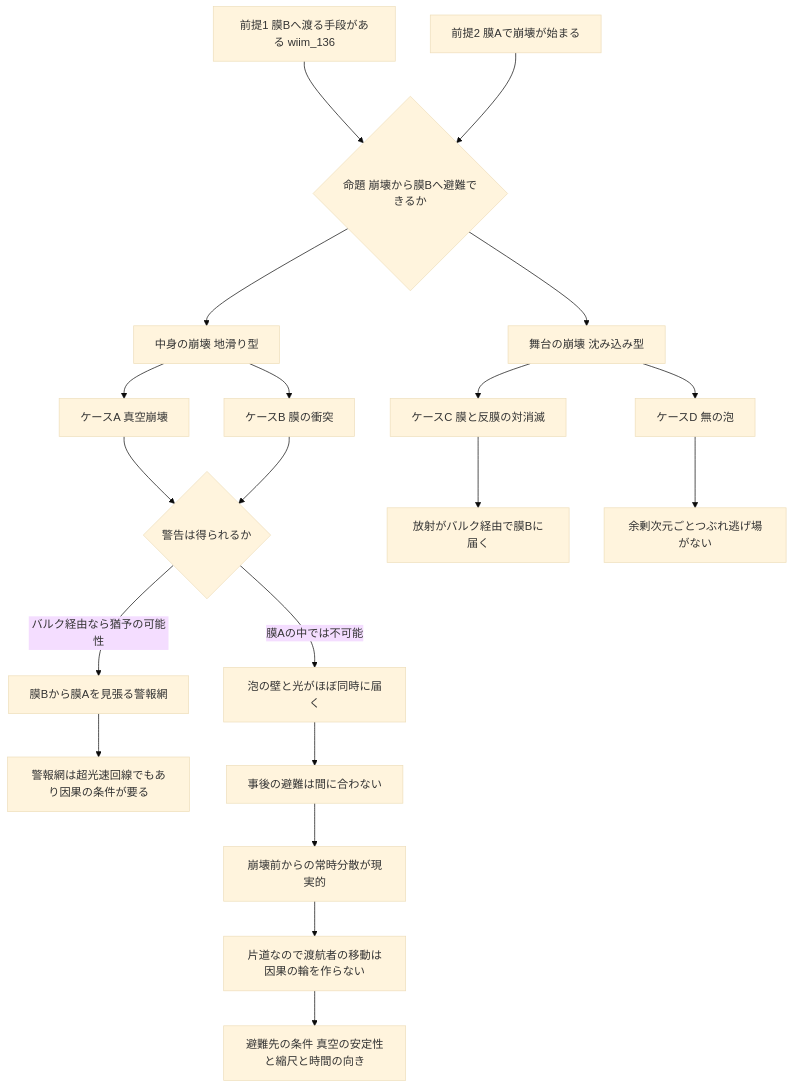
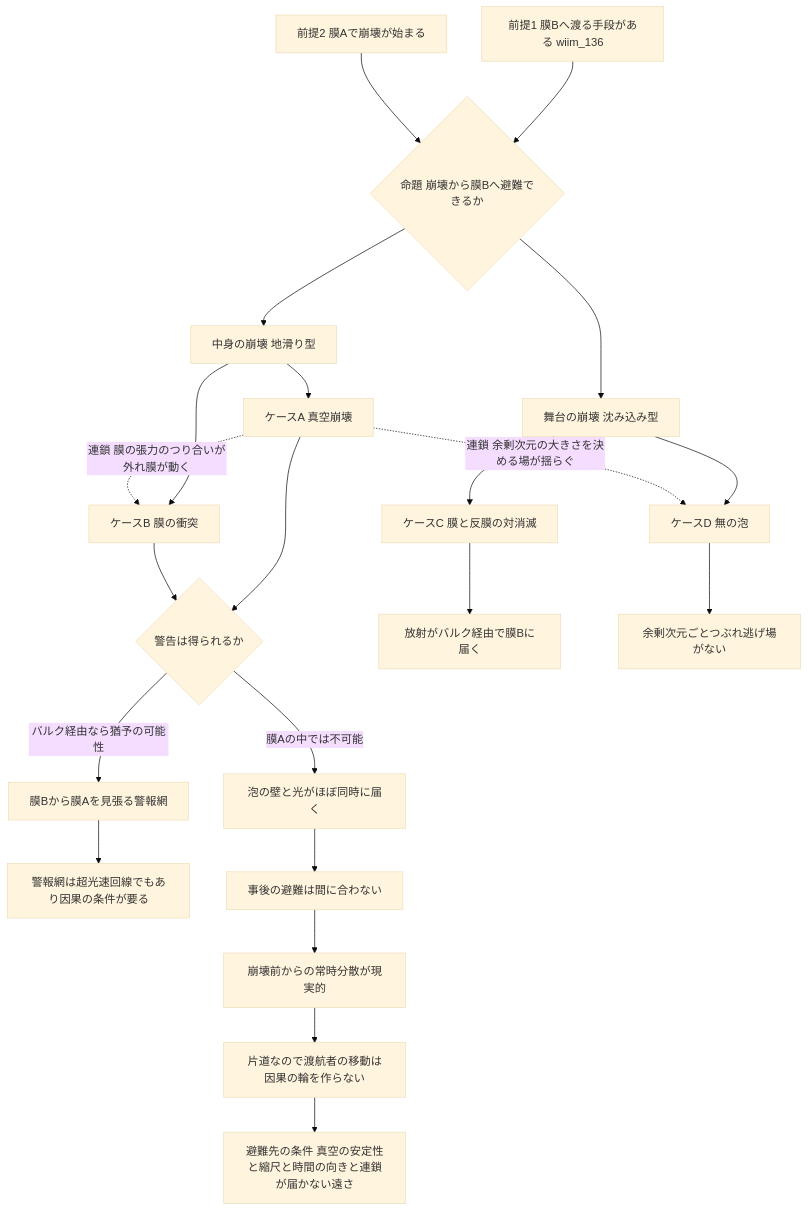
The diagram in docs/cosmology/wiim_137.md (theronium/WhatIfImpossible), drawn with Mermaid (base theme) before and after one commit. The commit also changed other lines of this file and 1 other file, not shown here.

````diff
--- a/docs/cosmology/wiim_137.md
+++ b/docs/cosmology/wiim_137.md
@@ -138,27 +152,29 @@
 ```mermaid
 flowchart TD
     P1["前提1 膜Bへ渡る手段がある wiim_136"] --> Q
     P2["前提2 膜Aで崩壊が始まる"] --> Q
     Q{"命題 崩壊から膜Bへ避難できるか"}
 
     Q --> T1["中身の崩壊 地滑り型"]
     Q --> T2["舞台の崩壊 沈み込み型"]
     T1 --> A["ケースA 真空崩壊"]
     T1 --> B["ケースB 膜の衝突"]
     T2 --> C["ケースC 膜と反膜の対消滅"]
     T2 --> D["ケースD 無の泡"]
+    A -.->|"連鎖 膜の張力のつり合いが外れ膜が動く"| B
+    A -.->|"連鎖 余剰次元の大きさを決める場が揺らぐ"| D
 
     A --> W{"警告は得られるか"}
     B --> W
     W -->|"膜Aの中では不可能"| X["泡の壁と光がほぼ同時に届く"]
     W -->|"バルク経由なら猶予の可能性"| Y["膜Bから膜Aを見張る警報網"]
     Y --> Z["警報網は超光速回線でもあり因果の条件が要る"]
 
     X --> S["事後の避難は間に合わない"]
     S --> K["崩壊前からの常時分散が現実的"]
     K --> O["片道なので渡航者の移動は因果の輪を作らない"]
 
     C --> R["放射がバルク経由で膜Bに届く"]
     D --> R2["余剰次元ごとつぶれ逃げ場がない"]
-    O --> H["避難先の条件 真空の安定性と縮尺と時間の向き"]
+    O --> H["避難先の条件 真空の安定性と縮尺と時間の向きと連鎖が届かない遠さ"]
 ```
````
